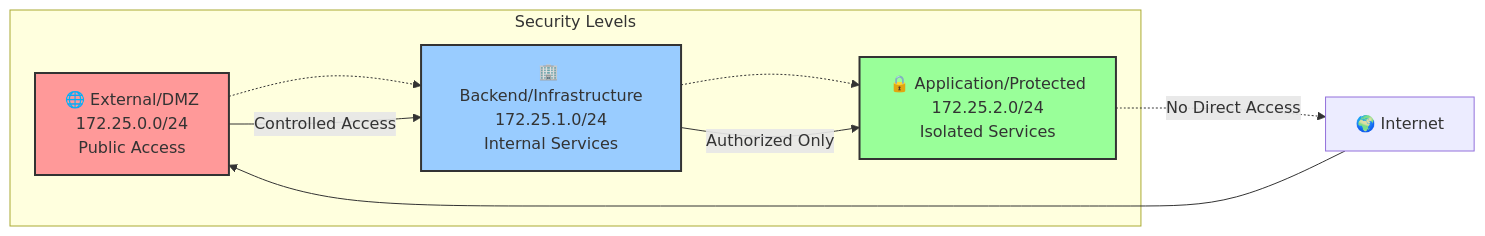
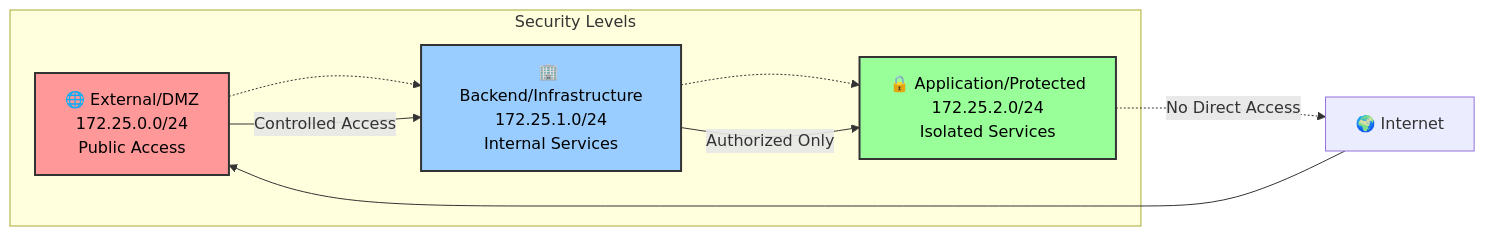
One commit to randomKara/ldap-dex-IDP changed the second of 10 diagrams in PRESENTATION.md. Above: the diagram before and after it, drawn with Mermaid. The commit also changed other lines of this file, not shown here.

````diff
--- a/PRESENTATION.md
+++ b/PRESENTATION.md
@@ -82,24 +82,24 @@
 ```mermaid
 graph LR
     subgraph "Security Levels"
         EXT[🌐 External/DMZ<br/>172.25.0.0/24<br/>Public Access]
         BACK[🏢 Backend/Infrastructure<br/>172.25.1.0/24<br/>Internal Services]
         APP[🔒 Application/Protected<br/>172.25.2.0/24<br/>Isolated Services]
     end
     
     INTERNET[🌍 Internet] --> EXT
     EXT -.-> BACK
     BACK -.-> APP
     
     EXT --> |"Controlled Access"| BACK
     BACK --> |"Authorized Only"| APP
     APP -.-> |"No Direct Access"| INTERNET
     
-    classDef external fill:#ff9999,stroke:#333,stroke-width:2px
-    classDef backend fill:#99ccff,stroke:#333,stroke-width:2px
-    classDef application fill:#99ff99,stroke:#333,stroke-width:2px
+    classDef external fill:#ff9999,stroke:#333,stroke-width:2px,color:#000000
+    classDef backend fill:#99ccff,stroke:#333,stroke-width:2px,color:#000000
+    classDef application fill:#99ff99,stroke:#333,stroke-width:2px,color:#000000
     
     class EXT external
     class BACK backend
     class APP application
 ```
````
